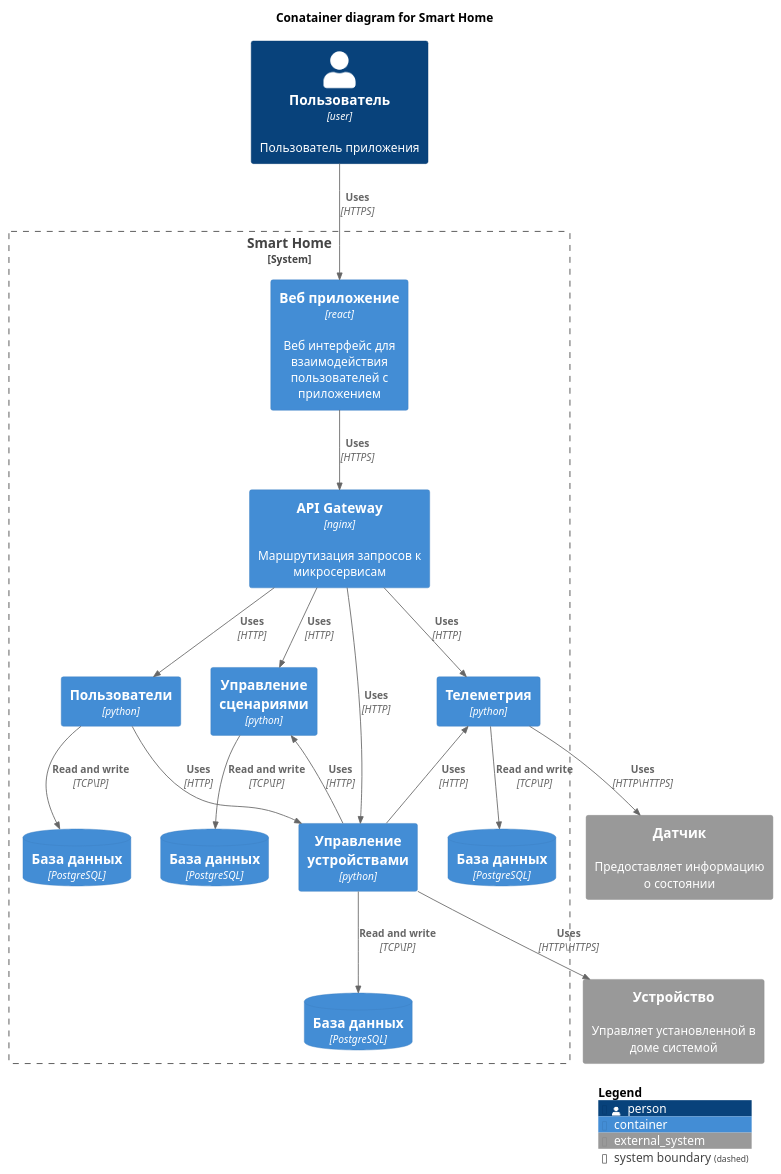
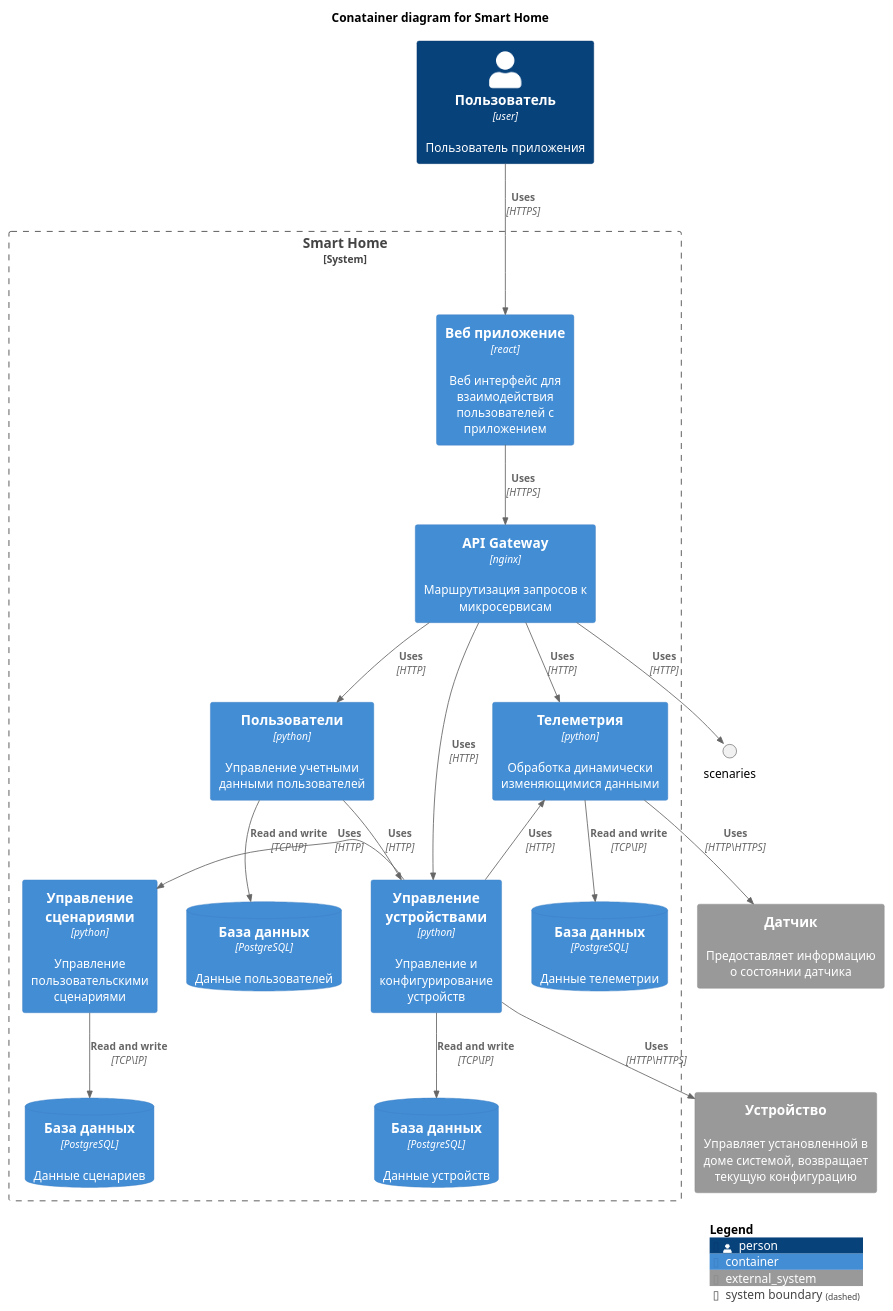
The diagram in diagrams/to_be/containres/smart_home.puml (Frojen/architecture-sprint-3), drawn with PlantUML before and after one commit. The commit also changed 6 other files, not shown here.

```diff
--- a/diagrams/to_be/containres/smart_home.puml
+++ b/diagrams/to_be/containres/smart_home.puml
@@ -1,42 +1,42 @@
 @startuml
 !include https://raw.githubusercontent.com/plantuml-stdlib/C4-PlantUML/master/C4_Container.puml
 
 title Conatainer diagram for Smart Home
 
 Person(user, "Пользователь", "Пользователь приложения", $type="user")
 
 System_Boundary(system, "Smart Home") {
     Container(gateway, "API Gateway", "nginx", "Маршрутизация запросов к микросервисам")
     Container(frontend, "Веб приложение", "react", "Веб интерфейс для взаимодействия пользователей с приложением")
-    Container(users, "Пользователи", "python")
-    Container(devices, "Управление устройствами", "python")
-    Container(scenaries, "Управление сценариями", "python")
-    Container(telemetry, "Телеметрия", "python")
+    Container(users, "Пользователи", "python", "Управление учетными данными пользователей")
+    Container(devices, "Управление устройствами", "python", "Управление и конфигурирование устройств")
+    Container(scenarios, "Управление сценариями", "python", "Управление пользовательскими сценариями")
+    Container(telemetry, "Телеметрия", "python", "Обработка динамически изменяющимися данными")
 
-    ContainerDb(db_users, "База данных", "PostgreSQL")
-    ContainerDb(db_devices, "База данных", "PostgreSQL")
-    ContainerDb(db_scenaries, "База данных", "PostgreSQL")
-    ContainerDb(db_telemetry, "База данных", "PostgreSQL")
+    ContainerDb(db_users, "База данных", "PostgreSQL", "Данные пользователей")
+    ContainerDb(db_devices, "База данных", "PostgreSQL", "Данные устройств")
+    ContainerDb(db_scenarios, "База данных", "PostgreSQL", "Данные сценариев")
+    ContainerDb(db_telemetry, "База данных", "PostgreSQL", "Данные телеметрии")
 }
 
-System_Ext(device, "Устройство", "Управляет установленной в доме системой")
-System_Ext(sensor, "Датчик", "Предоставляет информацию о состоянии")
+System_Ext(device, "Устройство", "Управляет установленной в доме системой, возвращает текущую конфигурацию")
+System_Ext(sensor, "Датчик", "Предоставляет информацию о состоянии датчика")
 
 Rel(user, frontend, "Uses", "HTTPS")
 Rel(frontend, gateway, "Uses", "HTTPS")
 Rel(gateway, users, "Uses", "HTTP")
 Rel(gateway, devices, "Uses", "HTTP")
 Rel(gateway, scenaries, "Uses", "HTTP")
 Rel(gateway, telemetry, "Uses", "HTTP")
 Rel_L(devices, telemetry, "Uses", "HTTP")
 Rel(users, db_users, "Read and write", "TCP\IP")
 Rel(users, devices, "Uses", "HTTP")
-Rel_L(devices, scenaries, "Uses", "HTTP")
+Rel_L(devices, scenarios, "Uses", "HTTP")
 Rel(devices, db_devices, "Read and write", "TCP\IP")
-Rel(scenaries, db_scenaries, "Read and write", "TCP\IP")
+Rel(scenarios, db_scenarios, "Read and write", "TCP\IP")
 Rel(telemetry, db_telemetry, "Read and write", "TCP\IP")
 Rel(devices, device, "Uses", "HTTP\HTTPS")
 Rel(telemetry, sensor, "Uses", "HTTP\HTTPS")
 
 SHOW_LEGEND()
 @enduml
```
